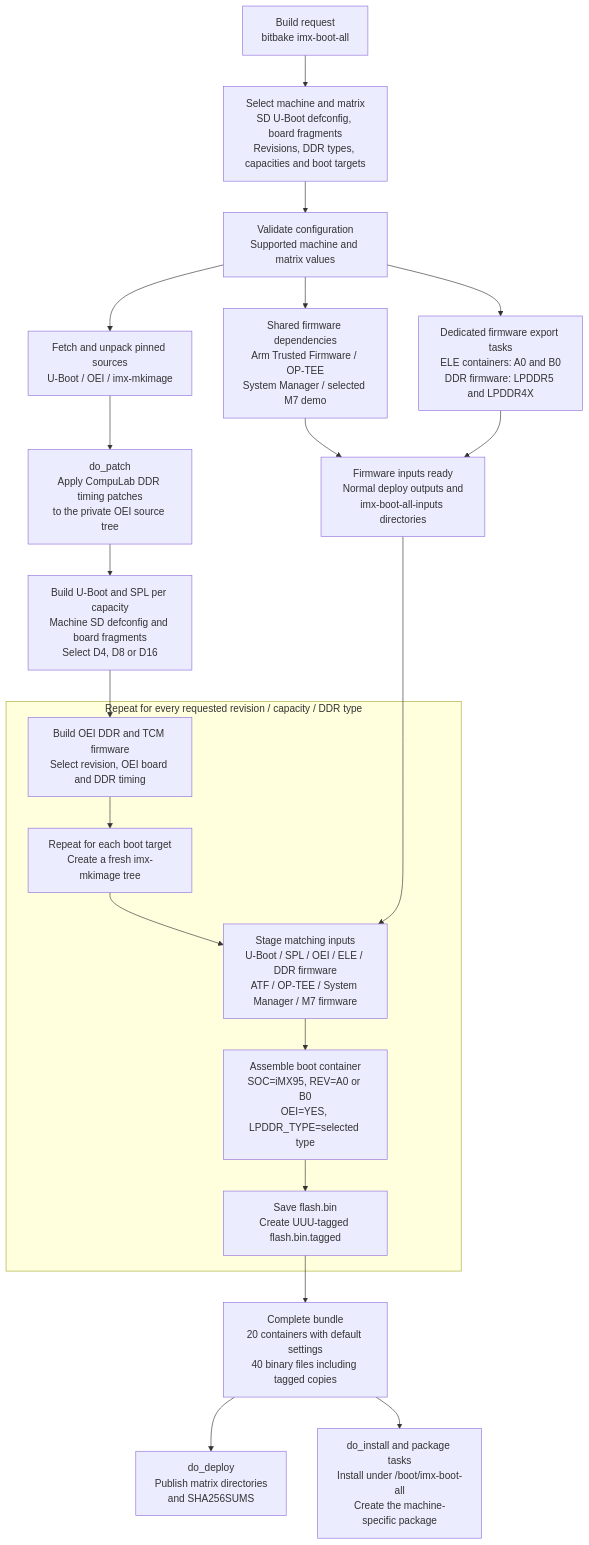
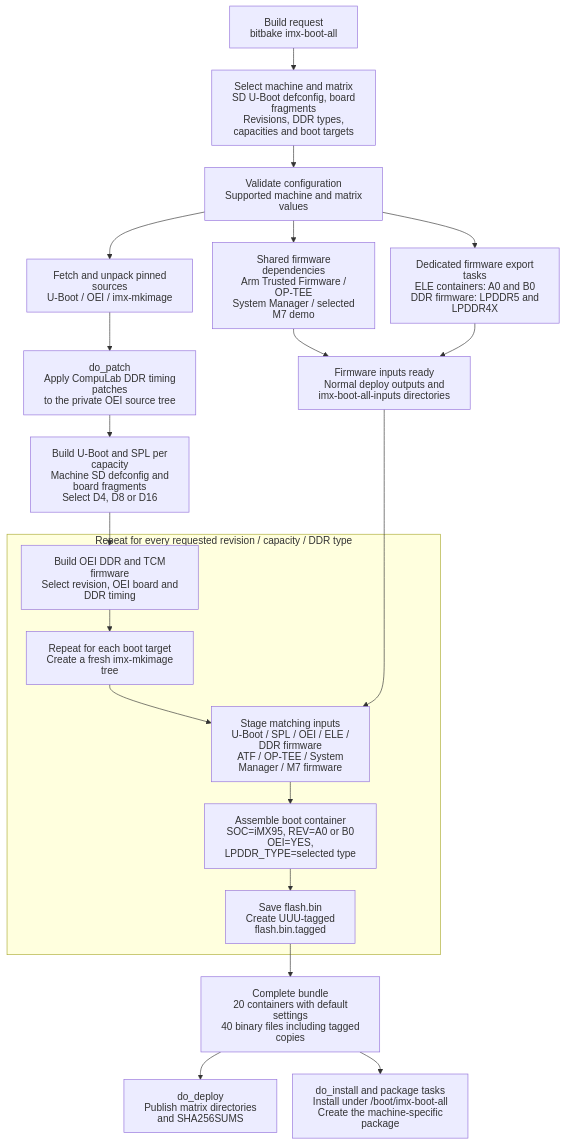
Before and after one commit to compulab-yokneam/meta-bsp-imx95: the diagram in Documentation/imx-boot-all-build-flow.md, drawn with Mermaid.

Commit message:
Enhance flowchart configuration in build flow documentation
Added configuration options for the flowchart in the documentation.

````diff
--- a/Documentation/imx-boot-all-build-flow.md
+++ b/Documentation/imx-boot-all-build-flow.md
@@ -18,33 +18,42 @@
 ```mermaid
+---
+config:
+  htmlLabels: false
+  flowchart:
+     wrappingWidth: 220
+     padding: 16
+     nodeSpacing: 25
+     rankSpacing: 35
+---
 flowchart TD
     A["Build request<br/>bitbake imx-boot-all"]
     B["Select machine and matrix<br/>SD U-Boot defconfig, board fragments<br/>Revisions, DDR types, capacities and boot targets"]
     A --> B
 
     B --> C["Validate configuration<br/>Supported machine and matrix values"]
     C --> D["Fetch and unpack pinned sources<br/>U-Boot / OEI / imx-mkimage"]
     D --> E["do_patch<br/>Apply CompuLab DDR timing patches<br/>to the private OEI source tree"]
 
     C --> F["Shared firmware dependencies<br/>Arm Trusted Firmware / OP-TEE<br/>System Manager / selected M7 demo"]
     C --> G["Dedicated firmware export tasks<br/>ELE containers: A0 and B0<br/>DDR firmware: LPDDR5 and LPDDR4X"]
     F --> H["Firmware inputs ready<br/>Normal deploy outputs and<br/>imx-boot-all-inputs directories"]
     G --> H
 
     E --> I["Build U-Boot and SPL per capacity<br/>Machine SD defconfig and board fragments<br/>Select D4, D8 or D16"]
 
     subgraph MATRIX["Repeat for every requested revision / capacity / DDR type"]
         J["Build OEI DDR and TCM firmware<br/>Select revision, OEI board and DDR timing"]
         K["Repeat for each boot target<br/>Create a fresh imx-mkimage tree"]
         L["Stage matching inputs<br/>U-Boot / SPL / OEI / ELE / DDR firmware<br/>ATF / OP-TEE / System Manager / M7 firmware"]
         M["Assemble boot container<br/>SOC=iMX95, REV=A0 or B0<br/>OEI=YES, LPDDR_TYPE=selected type"]
         N["Save flash.bin<br/>Create UUU-tagged flash.bin.tagged"]
         J --> K --> L --> M --> N
     end
 
     I --> J
     H --> L
     N --> O["Complete bundle<br/>20 containers with default settings<br/>40 binary files including tagged copies"]
 
     O --> P["do_deploy<br/>Publish matrix directories<br/>and SHA256SUMS"]
     O --> Q["do_install and package tasks<br/>Install under /boot/imx-boot-all<br/>Create the machine-specific package"]
 ```
````
